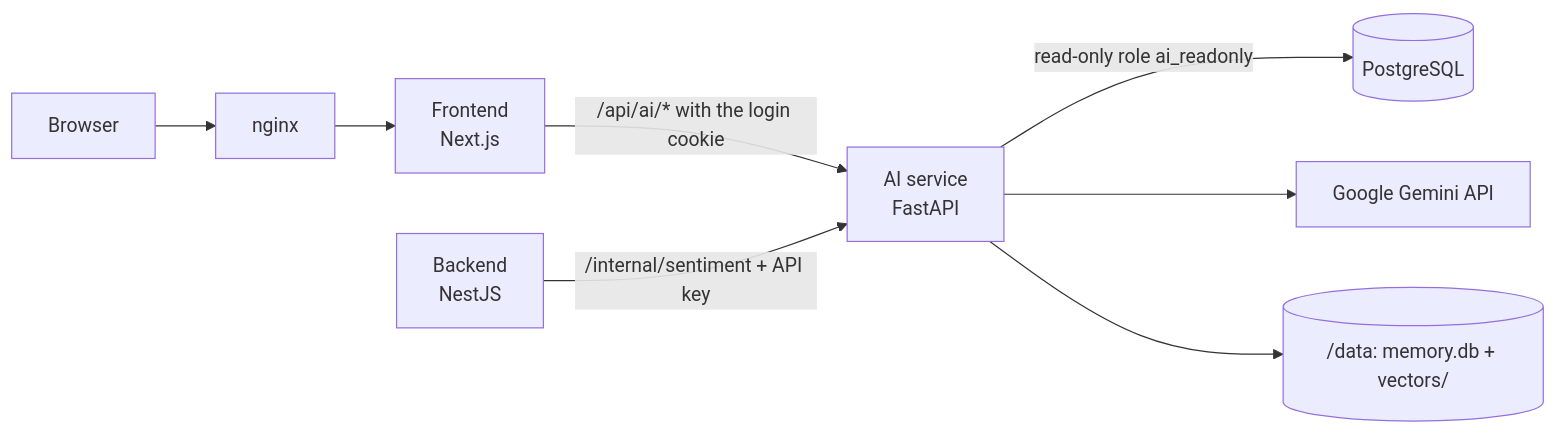
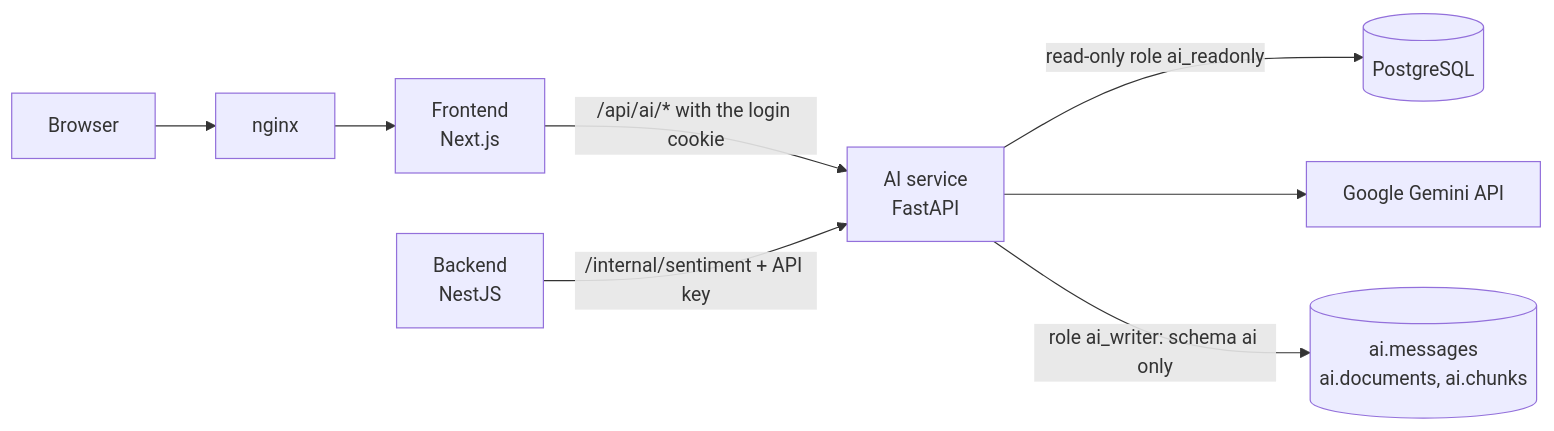
Before and after one commit to mohameddahani/ft_transcendence: the diagram in AI/README.md, drawn with Mermaid. The commit also changed other lines of this file and 10 other files, not shown here.

````diff
--- a/AI/README.md
+++ b/AI/README.md
@@ -43,10 +44,10 @@
 ```mermaid
 flowchart LR
 	browser[Browser] --> nginx
 	nginx --> frontend[Frontend<br/>Next.js]
 	frontend -->|"/api/ai/* with the login cookie"| ai[AI service<br/>FastAPI]
 	backend[Backend<br/>NestJS] -->|"/internal/sentiment + API key"| ai
 	ai -->|"read-only role ai_readonly"| postgres[(PostgreSQL)]
 	ai --> gemini[Google Gemini API]
-	ai --> volume[("/data: memory.db + vectors/")]
+	ai -->|"role ai_writer: schema ai only"| aischema[("ai.messages<br/>ai.documents, ai.chunks")]
 ```
````
